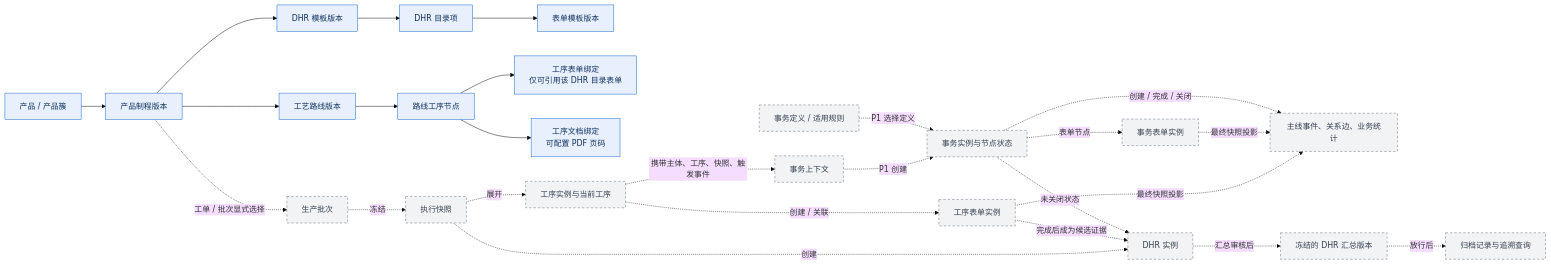
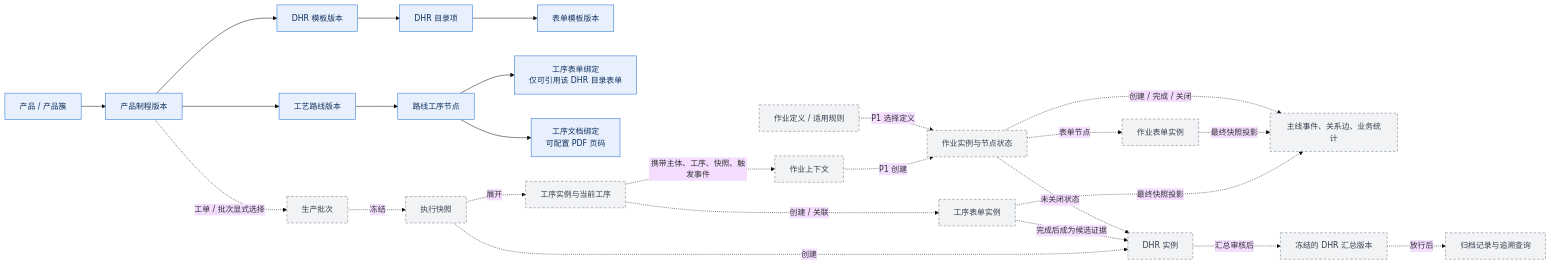
Before and after one commit to IvenYi/edhr-nexus-frontend: the diagram in docs/reference-assets/diagrams/edhr-production-execution-snapshot-and-traceability.mmd, drawn with Mermaid (base theme). The commit also changed 87 other files, not shown here.

```diff
--- a/docs/reference-assets/diagrams/edhr-production-execution-snapshot-and-traceability.mmd
+++ b/docs/reference-assets/diagrams/edhr-production-execution-snapshot-and-traceability.mmd
@@ -1,38 +1,38 @@
-%% eDHR 生产执行快照、事务上下文与追溯关系（推荐目标模型）
+%% eDHR 生产执行快照、作业上下文与追溯关系（推荐目标模型）
 %% 实线为已实现主数据关系；虚线为生产模块实现后建立的运行期关系。
 flowchart LR
     classDef master fill:#e8f0fe,stroke:#1967d2,color:#12335e,stroke-width:1px;
     classDef runtime fill:#e6f4ea,stroke:#2e7d32,color:#173f24,stroke-width:1px;
     classDef evidence fill:#fff4e5,stroke:#b06000,color:#5c3300,stroke-width:1px;
     classDef planned fill:#f1f3f4,stroke:#6b7280,color:#374151,stroke-dasharray: 5 4;
 
     A["产品 / 产品簇"] --> B["产品制程版本"]
     B --> C["工艺路线版本"]
     B --> D["DHR 模板版本"]
     C --> E["路线工序节点"]
     D --> F["DHR 目录项"]
     F --> G["表单模板版本"]
     E --> H["工序表单绑定<br/>仅可引用该 DHR 目录表单"]
     E --> I["工序文档绑定<br/>可配置 PDF 页码"]
 
     B -. "工单 / 批次显式选择" .-> J["生产批次"]
     J -. "冻结" .-> K["执行快照"]
     K -. "展开" .-> L["工序实例与当前工序"]
     K -. "创建" .-> M["DHR 实例"]
     L -. "创建 / 关联" .-> N["工序表单实例"]
     N -. "最终快照投影" .-> O["主线事件、关系边、业务统计"]
     N -. "完成后成为候选证据" .-> M
-    L -. "携带主体、工序、快照、触发事件" .-> P["事务上下文"]
-    P -. "P1 创建" .-> Q["事务实例与节点状态"]
-    R["事务定义 / 适用规则"] -. "P1 选择定义" .-> Q
-    Q -. "表单节点" .-> S["事务表单实例"]
+    L -. "携带主体、工序、快照、触发事件" .-> P["作业上下文"]
+    P -. "P1 创建" .-> Q["作业实例与节点状态"]
+    R["作业定义 / 适用规则"] -. "P1 选择定义" .-> Q
+    Q -. "表单节点" .-> S["作业表单实例"]
     S -. "最终快照投影" .-> O
     Q -. "创建 / 完成 / 关闭" .-> O
     Q -. "未关闭状态" .-> M
     M -. "汇总审核后" .-> T["冻结的 DHR 汇总版本"]
     T -. "放行后" .-> U["归档记录与追溯查询"]
 
     class A,B,C,D,E,F,G,H,I master;
     class J,K,L,M,N,P runtime;
     class O,T,U evidence;
     class J,K,L,M,N,O,P,Q,R,S,T,U planned;
```
